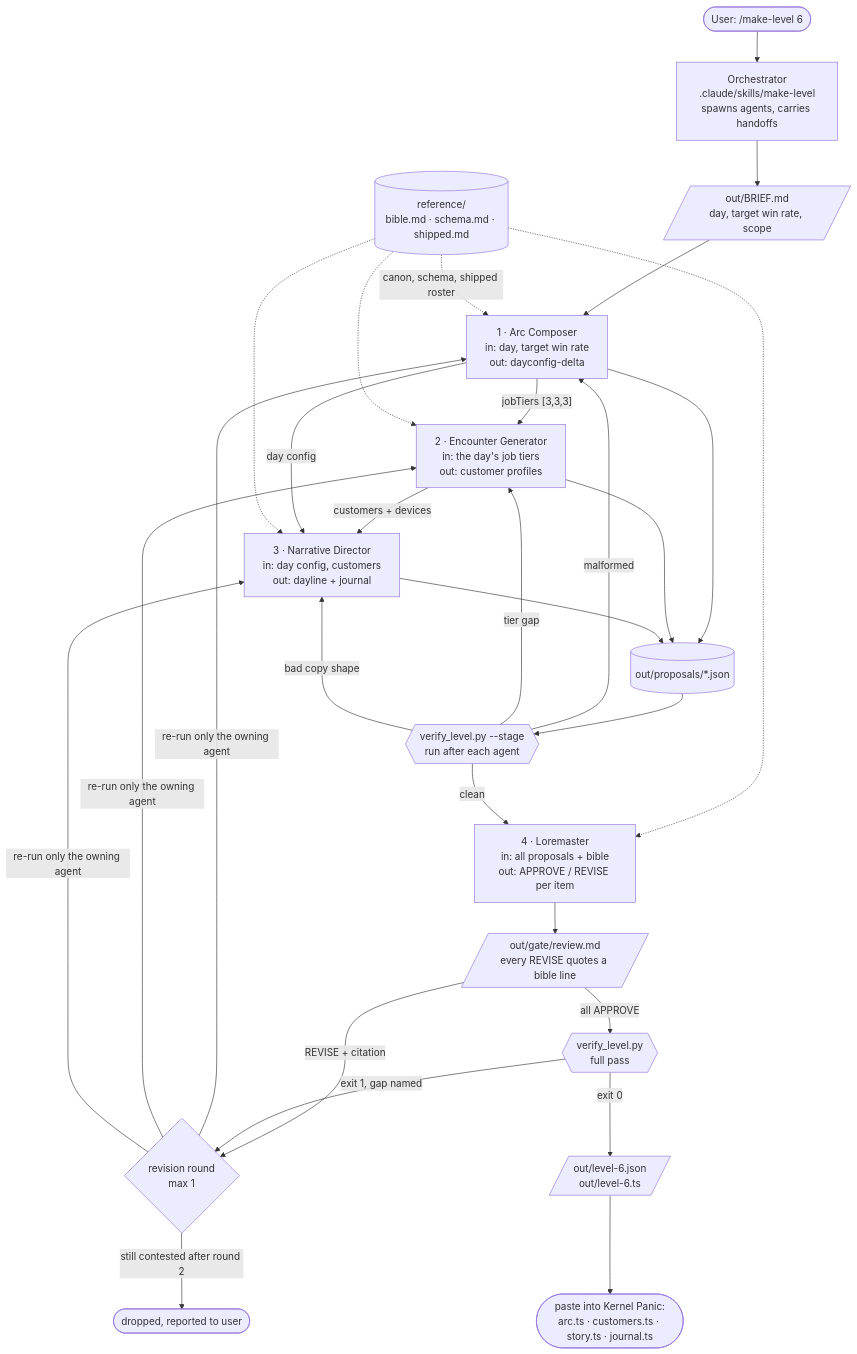
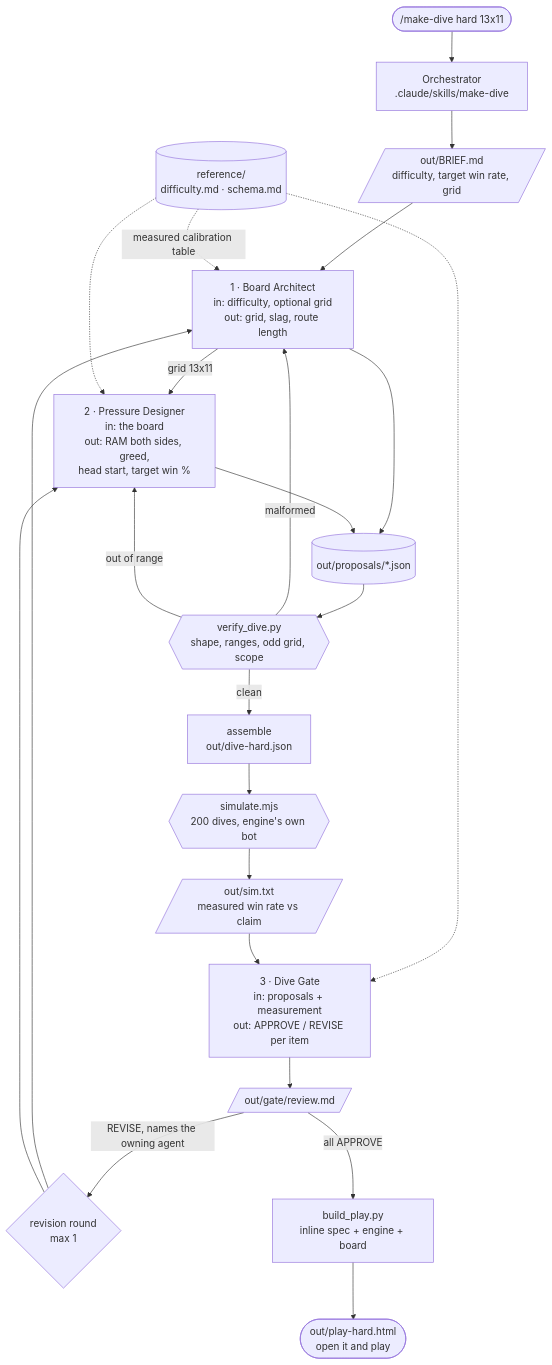
One commit to dylan-773/kernel-panic-level-crew changed the diagram in ARCHITECTURE.md. Above: the diagram before and after it, drawn with Mermaid. The commit also changed other lines of this file and 54 other files, not shown here.

````diff
--- a/ARCHITECTURE.md
+++ b/ARCHITECTURE.md
@@ -8,41 +9,34 @@
 ```mermaid
 flowchart TD
-    U(["User: /make-level 6"]) --> O["Orchestrator<br/>.claude/skills/make-level<br/>spawns agents, carries handoffs"]
-    O --> B[/"out/BRIEF.md<br/>day, target win rate, scope"/]
+    U(["/make-dive hard 13x11"]) --> O["Orchestrator<br/>.claude/skills/make-dive"]
+    O --> B[/"out/BRIEF.md<br/>difficulty, target win rate, grid"/]
 
-    REF[("reference/<br/>bible.md · schema.md · shipped.md")]
+    REF[("reference/<br/>difficulty.md · schema.md")]
 
-    B --> AC["1 · Arc Composer<br/>in: day, target win rate<br/>out: dayconfig-delta"]
-    AC -->|"jobTiers [3,3,3]"| EG["2 · Encounter Generator<br/>in: the day's job tiers<br/>out: customer profiles"]
-    EG -->|"customers + devices"| ND["3 · Narrative Director<br/>in: day config, customers<br/>out: dayline + journal"]
-    AC -->|"day config"| ND
+    B --> BA["1 · Board Architect<br/>in: difficulty, optional grid<br/>out: grid, slag, route length"]
+    BA -->|"grid 13x11"| PD["2 · Pressure Designer<br/>in: the board<br/>out: RAM both sides, greed,<br/>head start, target win %"]
 
-    REF -.->|"canon, schema, shipped roster"| AC
-    REF -.-> EG
-    REF -.-> ND
-    REF -.-> LM
+    REF -.->|"measured calibration table"| BA
+    REF -.-> PD
+    REF -.-> GT
 
-    AC --> P[("out/proposals/*.json")]
-    EG --> P
-    ND --> P
+    BA --> P[("out/proposals/*.json")]
+    PD --> P
+    P --> V{{"verify_dive.py<br/>shape, ranges, odd grid, scope"}}
+    V -->|"malformed"| BA
+    V -->|"out of range"| PD
+    V -->|"clean"| ASM["assemble<br/>out/dive-hard.json"]
 
-    P --> V1{{"verify_level.py --stage<br/>run after each agent"}}
-    V1 -->|"malformed"| AC
-    V1 -->|"tier gap"| EG
-    V1 -->|"bad copy shape"| ND
-    V1 -->|"clean"| LM
+    ASM --> SIM{{"simulate.mjs<br/>200 dives, engine's own bot"}}
+    SIM --> SR[/"out/sim.txt<br/>measured win rate vs claim"/]
 
-    LM["4 · Loremaster<br/>in: all proposals + bible<br/>out: APPROVE / REVISE per item"]
-    LM --> G[/"out/gate/review.md<br/>every REVISE quotes a bible line"/]
+    SR --> GT["3 · Dive Gate<br/>in: proposals + measurement<br/>out: APPROVE / REVISE per item"]
+    GT --> G[/"out/gate/review.md"/]
 
-    G -->|"REVISE + citation"| RV{"revision round<br/>max 1"}
-    RV -->|"re-run only the owning agent"| AC
-    RV -->|"re-run only the owning agent"| EG
-    RV -->|"re-run only the owning agent"| ND
-    RV -->|"still contested after round 2"| DROP(["dropped, reported to user"])
+    G -->|"REVISE, names the owning agent"| RV{"revision round<br/>max 1"}
+    RV --> BA
+    RV --> PD
 
-    G -->|"all APPROVE"| V2{{"verify_level.py<br/>full pass"}}
-    V2 -->|"exit 1, gap named"| RV
-    V2 -->|"exit 0"| OUT[/"out/level-6.json<br/>out/level-6.ts"/]
-    OUT --> GAME(["paste into Kernel Panic:<br/>arc.ts · customers.ts · story.ts · journal.ts"])
+    G -->|"all APPROVE"| BLD["build_play.py<br/>inline spec + engine + board"]
+    BLD --> PLAY(["out/play-hard.html<br/>open it and play"])
 ```
````
